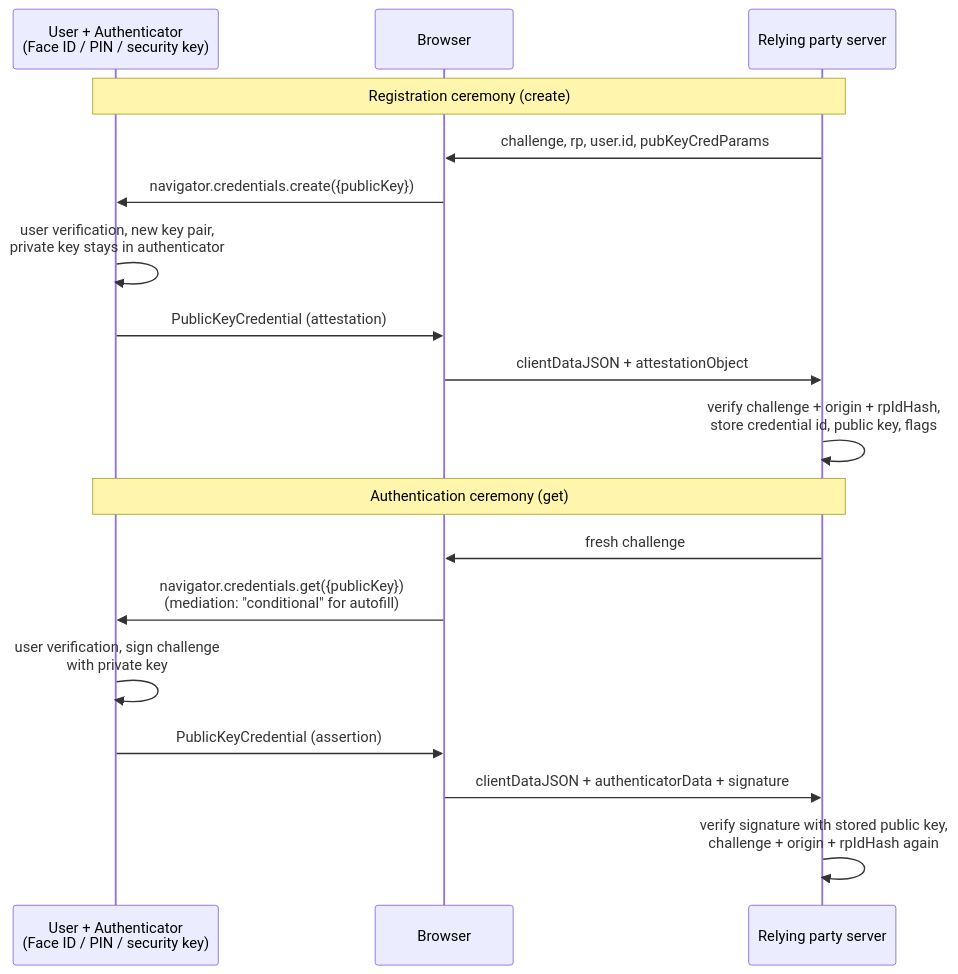
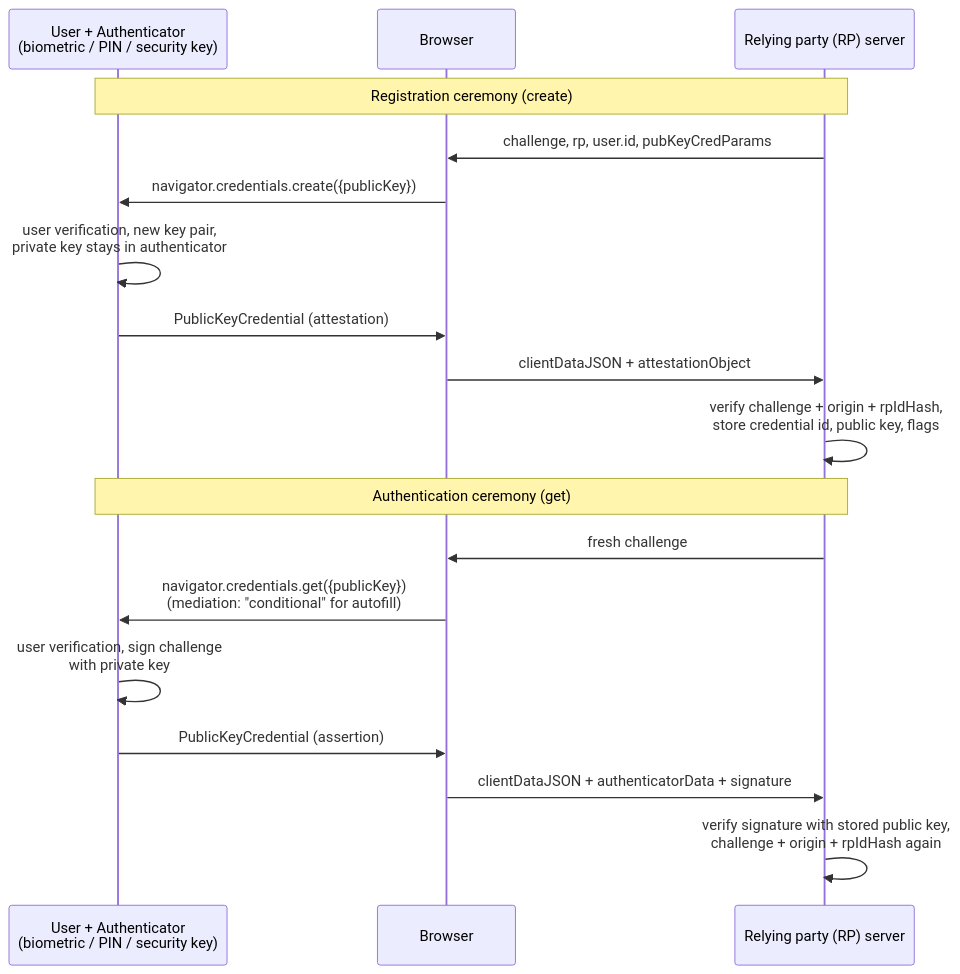
One commit to alivedise/frontend-engineering-essentials changed the diagram in docs/en/Security/webauthn-passkeys.md. Above: the diagram before and after it, drawn with Mermaid. The commit also changed other lines of this file and 1 other file, not shown here.

First line of the commit message:
docs(security): address adversarial review for FEE-1211

````diff
--- a/docs/en/Security/webauthn-passkeys.md
+++ b/docs/en/Security/webauthn-passkeys.md
@@ -20,22 +20,22 @@
 ```mermaid
 sequenceDiagram
-    participant U as User + Authenticator<br/>(Face ID / PIN / security key)
+    participant U as User + Authenticator<br/>(biometric / PIN / security key)
     participant B as Browser
-    participant S as Relying party server
+    participant S as Relying party (RP) server
 
     Note over U,S: Registration ceremony (create)
     S->>B: challenge, rp, user.id, pubKeyCredParams
     B->>U: navigator.credentials.create({publicKey})
     U->>U: user verification, new key pair,<br/>private key stays in authenticator
     U->>B: PublicKeyCredential (attestation)
     B->>S: clientDataJSON + attestationObject
     S->>S: verify challenge + origin + rpIdHash,<br/>store credential id, public key, flags
 
     Note over U,S: Authentication ceremony (get)
     S->>B: fresh challenge
     B->>U: navigator.credentials.get({publicKey})<br/>(mediation: "conditional" for autofill)
     U->>U: user verification, sign challenge<br/>with private key
     U->>B: PublicKeyCredential (assertion)
     B->>S: clientDataJSON + authenticatorData + signature
     S->>S: verify signature with stored public key,<br/>challenge + origin + rpIdHash again
 ```
````
